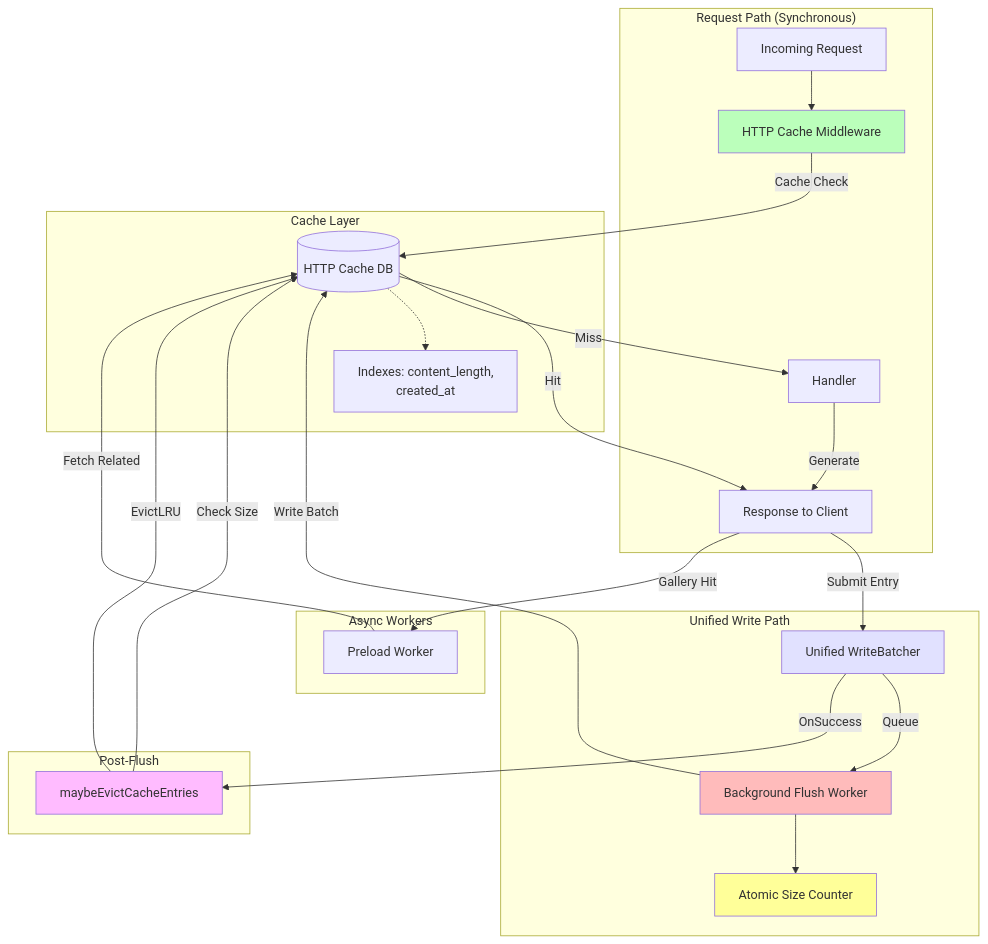
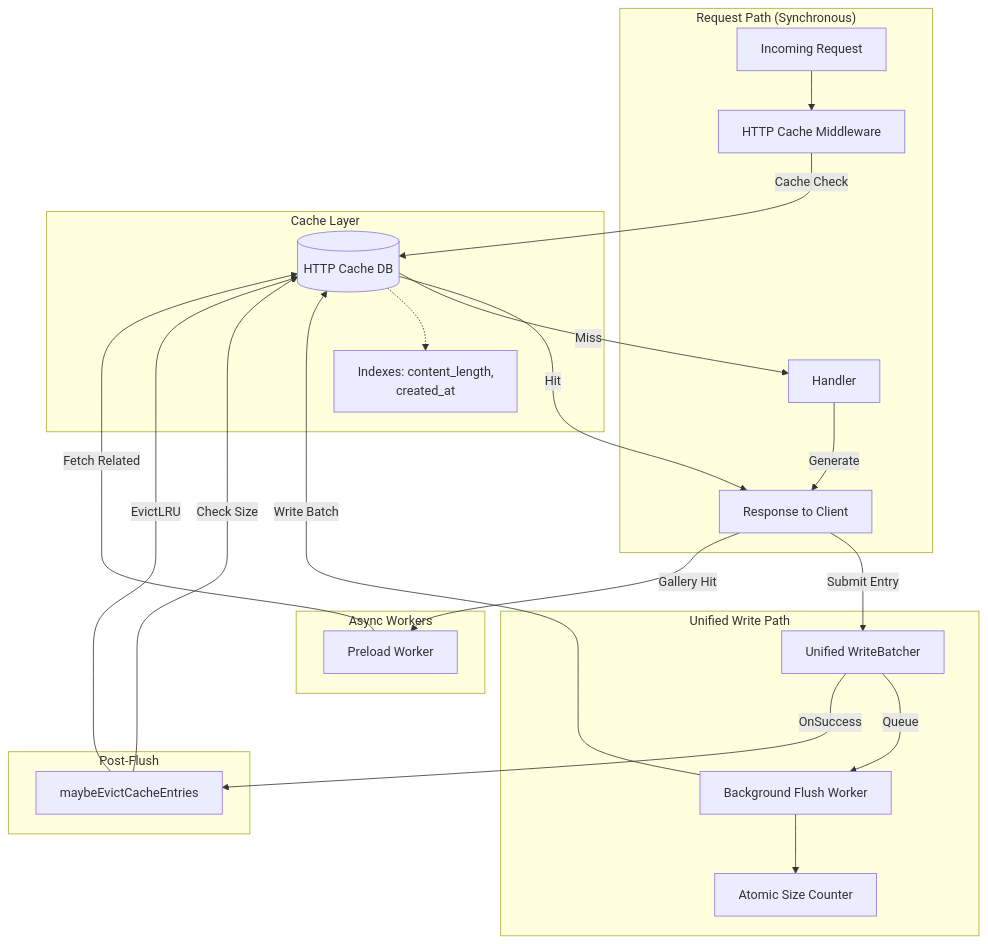
The sixth of 9 diagrams in docs/diagrams/ARCHITECTURE_DIAGRAMS.md (lbe/sfpg-go), drawn with Mermaid before and after one commit. The commit also changed other lines of this file and 275 other files, not shown here.

````diff
--- a/docs/diagrams/ARCHITECTURE_DIAGRAMS.md
+++ b/docs/diagrams/ARCHITECTURE_DIAGRAMS.md
@@ -257,54 +312,48 @@
 ```mermaid
 graph TB
     subgraph "Request Path (Synchronous)"
         Request[Incoming Request]
         CacheMW[HTTP Cache Middleware]
         Handler[Handler]
         Response[Response to Client]
     end
 
     subgraph "Cache Layer"
         CacheDB[(HTTP Cache DB)]
         Index[Indexes: content_length,<br/>created_at]
     end
 
     subgraph "Unified Write Path"
         Batcher[Unified WriteBatcher]
         FlushWorker[Background Flush Worker]
         AtomicCounter[Atomic Size Counter]
     end
 
     subgraph "Async Workers"
         PreloadWorker[Preload Worker]
     end
 
     subgraph "Post-Flush"
         EvictStep[maybeEvictCacheEntries]
     end
 
     Request --> CacheMW
     CacheMW -->|Cache Check| CacheDB
     CacheDB -->|Hit| Response
     CacheDB -->|Miss| Handler
     Handler -->|Generate| Response
     Response -->|Submit Entry| Batcher
 
     Batcher -->|Queue| FlushWorker
     FlushWorker -->|Write Batch| CacheDB
     FlushWorker --> AtomicCounter
 
     Batcher -->|OnSuccess| EvictStep
     EvictStep -->|Check Size| CacheDB
     EvictStep -->|EvictLRU| CacheDB
 
     Response -->|Gallery Hit| PreloadWorker
     PreloadWorker -->|Fetch Related| CacheDB
 
     CacheDB -.-> Index
-
-    style CacheMW fill:#bfb
-    style Batcher fill:#e1e1ff
-    style FlushWorker fill:#fbb
-    style AtomicCounter fill:#ff9
-    style EvictStep fill:#fbf
 ```
````
